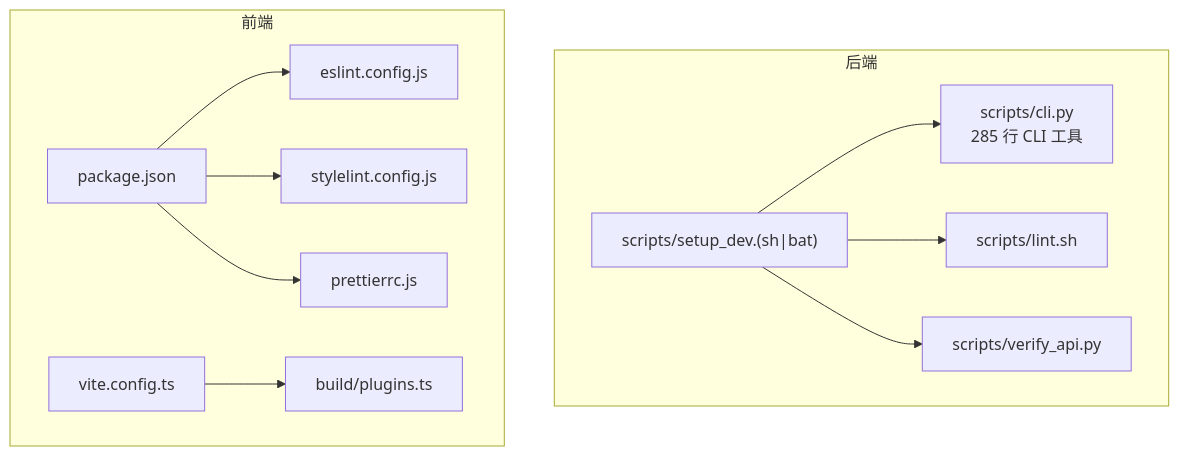
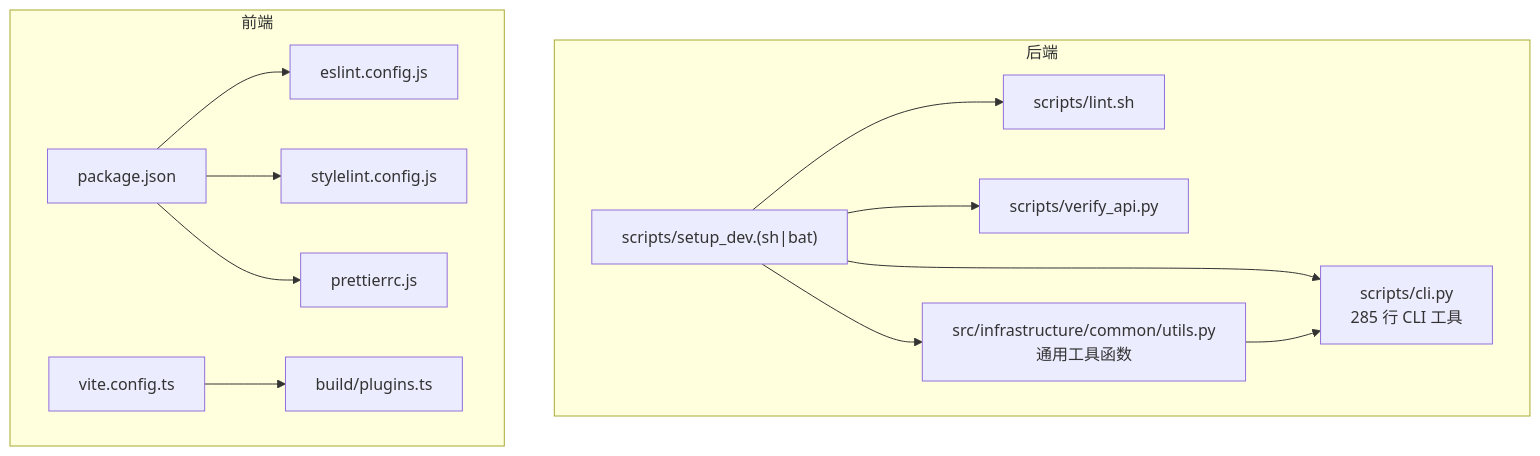
One commit to taoweidong/Hello-FastApi changed diagram 12 of 12 in .qoder/repowiki/zh/content/核心模块/开发工具与实用函数.md. Above: the diagram before and after it, drawn with Mermaid. The commit also changed other lines of this file and 22 other files, not shown here.

````diff
--- a/.qoder/repowiki/zh/content/核心模块/开发工具与实用函数.md
+++ b/.qoder/repowiki/zh/content/核心模块/开发工具与实用函数.md
@@ -443,24 +532,27 @@
 ```mermaid
 graph TB
 subgraph "后端"
 CLI["scripts/cli.py<br/>285 行 CLI 工具"]
 SETUP["scripts/setup_dev.(sh|bat)"]
 LINT["scripts/lint.sh"]
 VERIFY["scripts/verify_api.py"]
+INFRA["src/infrastructure/common/utils.py<br/>通用工具函数"]
 end
 subgraph "前端"
 ESL["eslint.config.js"]
 STL["stylelint.config.js"]
 PRET["prettierrc.js"]
 PKG["package.json"]
 VCFG["vite.config.ts"]
 PLST["build/plugins.ts"]
 end
 SETUP --> CLI
 SETUP --> LINT
 SETUP --> VERIFY
+SETUP --> INFRA
 PKG --> ESL
 PKG --> STL
 PKG --> PRET
 VCFG --> PLST
+INFRA --> CLI
 ```
````
